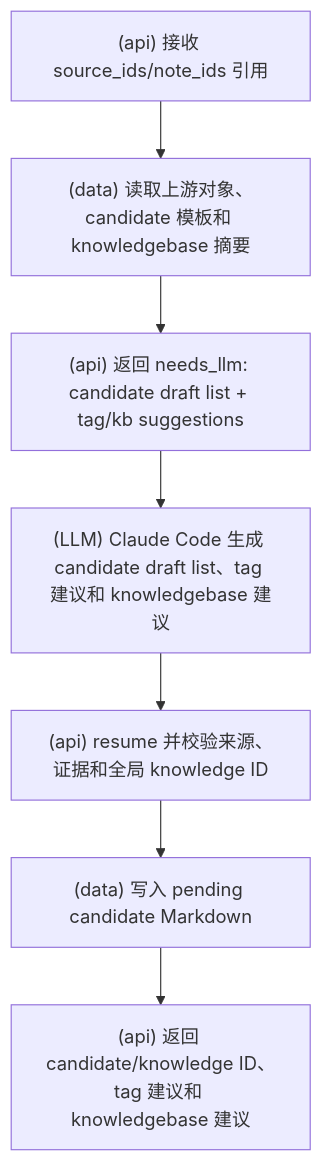
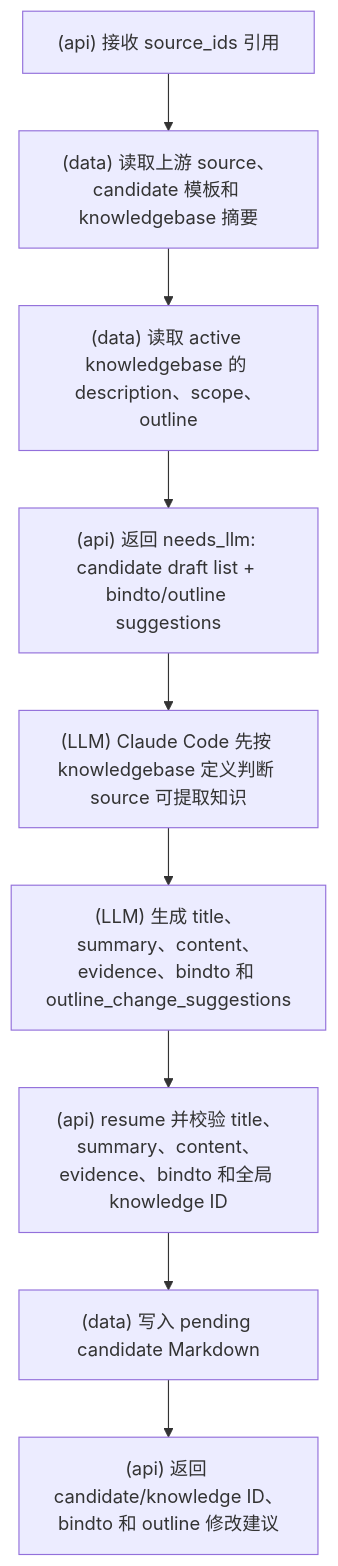
One commit to srangerme/KBManager changed the fourth of 19 diagrams in docs/流程图.md. Above: the diagram before and after it, drawn with Mermaid. The commit also changed other lines of this file and 27 other files, not shown here.

````diff
--- a/docs/流程图.md
+++ b/docs/流程图.md
@@ -55,9 +79,11 @@
 ```mermaid
 flowchart TD
-  A["(api) 接收 source_ids/note_ids 引用"] --> B["(data) 读取上游对象、candidate 模板和 knowledgebase 摘要"]
-  B --> C["(api) 返回 needs_llm: candidate draft list + tag/kb suggestions"]
-  C --> D["(LLM) Claude Code 生成 candidate draft list、tag 建议和 knowledgebase 建议"]
-  D --> E["(api) resume 并校验来源、证据和全局 knowledge ID"]
-  E --> F["(data) 写入 pending candidate Markdown"]
-  F --> G["(api) 返回 candidate/knowledge ID、tag 建议和 knowledgebase 建议"]
+  A["(api) 接收 source_ids 引用"] --> B["(data) 读取上游 source、candidate 模板和 knowledgebase 摘要"]
+  B --> C["(data) 读取 active knowledgebase 的 description、scope、outline"]
+  C --> D["(api) 返回 needs_llm: candidate draft list + bindto/outline suggestions"]
+  D --> E["(LLM) Claude Code 先按 knowledgebase 定义判断 source 可提取知识"]
+  E --> F["(LLM) 生成 title、summary、content、evidence、bindto 和 outline_change_suggestions"]
+  F --> G["(api) resume 并校验 title、summary、content、evidence、bindto 和全局 knowledge ID"]
+  G --> H["(data) 写入 pending candidate Markdown"]
+  H --> I["(api) 返回 candidate/knowledge ID、bindto 和 outline 修改建议"]
 ```
````
